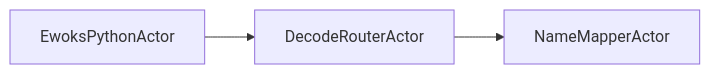
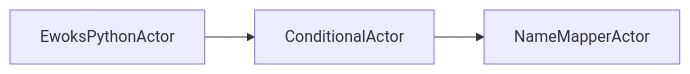
One commit to ewoks-kit/ewoksppf changed the second of 4 diagrams in doc/actors.rst. Above: the diagram before and after it, drawn with Mermaid. The commit also changed other lines of this file and 4 other files, not shown here.

```diff
--- a/doc/actors.rst
+++ b/doc/actors.rst
@@ -22,5 +22,5 @@
 .. mermaid::
 
    graph LR;
-   EwoksPythonActor-->DecodeRouterActor;
-   DecodeRouterActor-->NameMapperActor;
+   EwoksPythonActor-->ConditionalActor;
+   ConditionalActor-->NameMapperActor;
```
